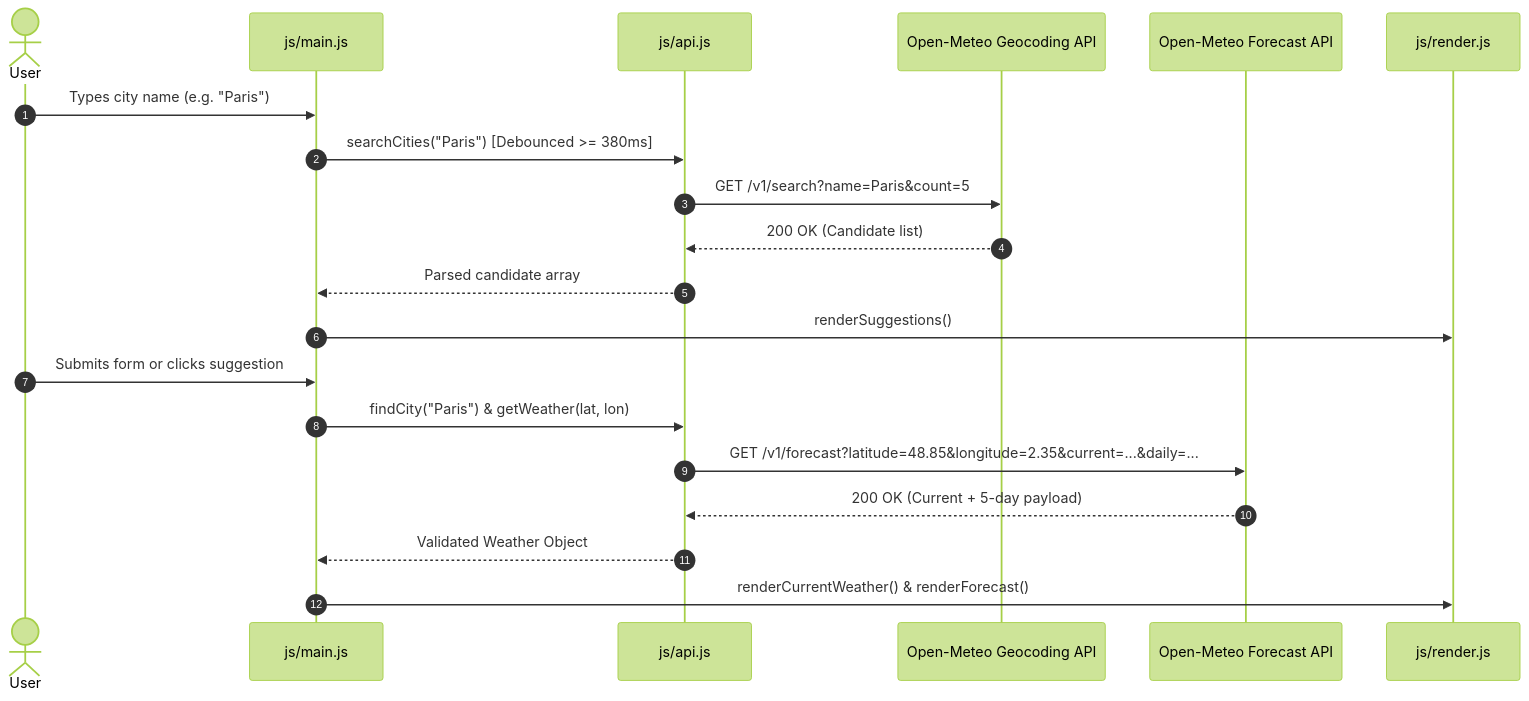
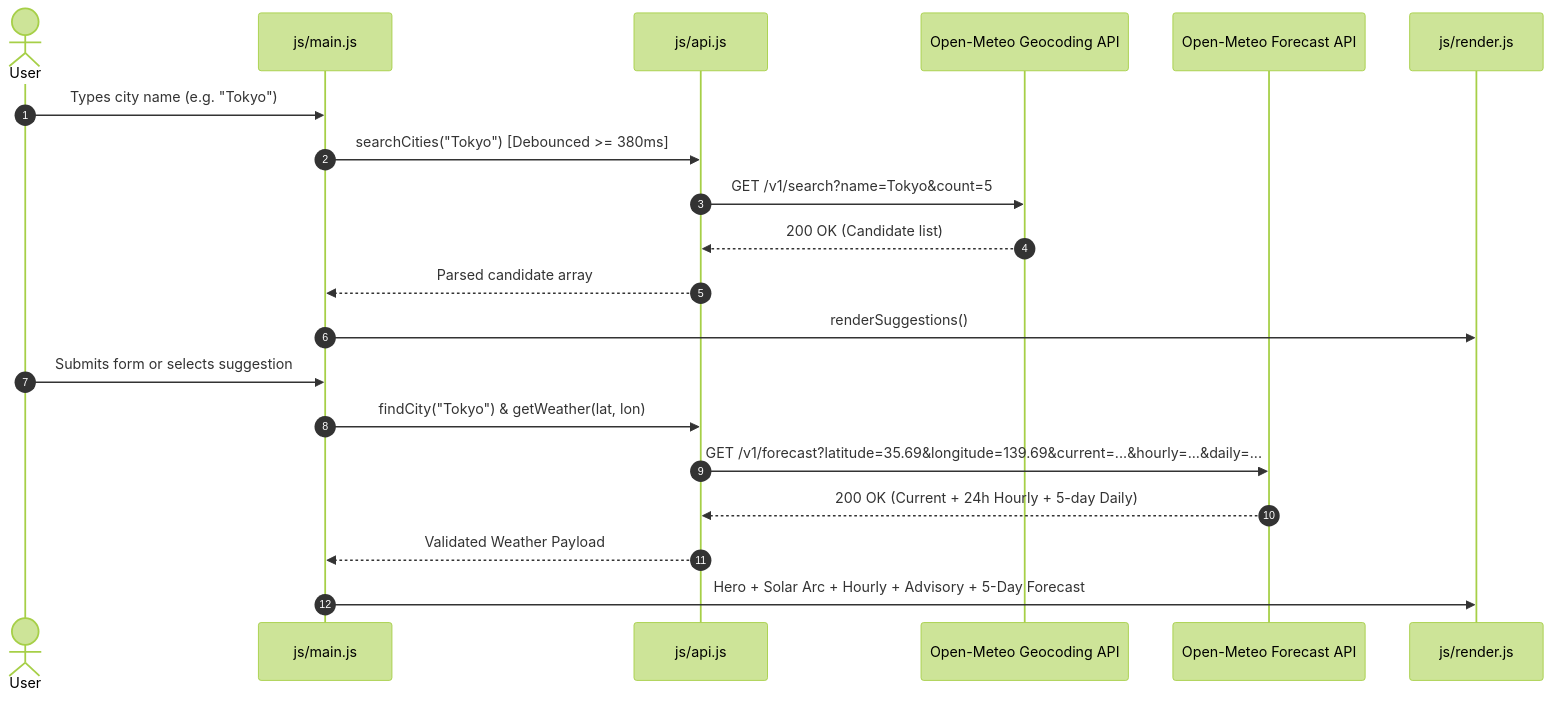
Before and after one commit to sharath14pixel/weather-api: the diagram in README.md, drawn with Mermaid (forest theme). The commit also changed other lines of this file, not shown here.

````diff
--- a/README.md
+++ b/README.md
@@ -98,24 +90,24 @@
 ```mermaid
 sequenceDiagram
     autonumber
     actor User
     participant Main as js/main.js
     participant API as js/api.js
     participant Geo as Open-Meteo Geocoding API
     participant Forecast as Open-Meteo Forecast API
     participant Render as js/render.js
 
-    User->>Main: Types city name (e.g. "Paris")
-    Main->>API: searchCities("Paris") [Debounced >= 380ms]
-    API->>Geo: GET /v1/search?name=Paris&count=5
+    User->>Main: Types city name (e.g. "Tokyo")
+    Main->>API: searchCities("Tokyo") [Debounced >= 380ms]
+    API->>Geo: GET /v1/search?name=Tokyo&count=5
     Geo-->>API: 200 OK (Candidate list)
     API-->>Main: Parsed candidate array
     Main->>Render: renderSuggestions()
 
-    User->>Main: Submits form or clicks suggestion
-    Main->>API: findCity("Paris") & getWeather(lat, lon)
-    API->>Forecast: GET /v1/forecast?latitude=48.85&longitude=2.35&current=...&daily=...
-    Forecast-->>API: 200 OK (Current + 5-day payload)
-    API-->>Main: Validated Weather Object
-    Main->>Render: renderCurrentWeather() & renderForecast()
+    User->>Main: Submits form or selects suggestion
+    Main->>API: findCity("Tokyo") & getWeather(lat, lon)
+    API->>Forecast: GET /v1/forecast?latitude=35.69&longitude=139.69&current=...&hourly=...&daily=...
+    Forecast-->>API: 200 OK (Current + 24h Hourly + 5-day Daily)
+    API-->>Main: Validated Weather Payload
+    Main->>Render: Hero + Solar Arc + Hourly + Advisory + 5-Day Forecast
 ```
````
